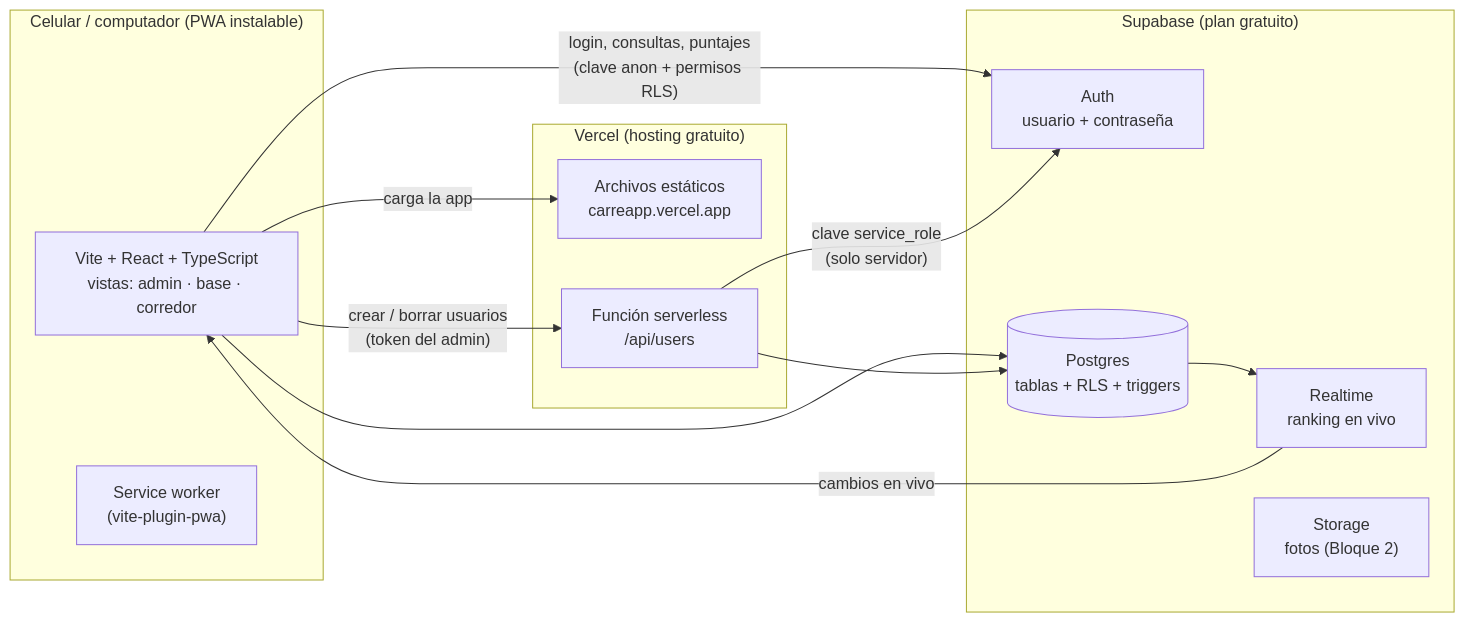
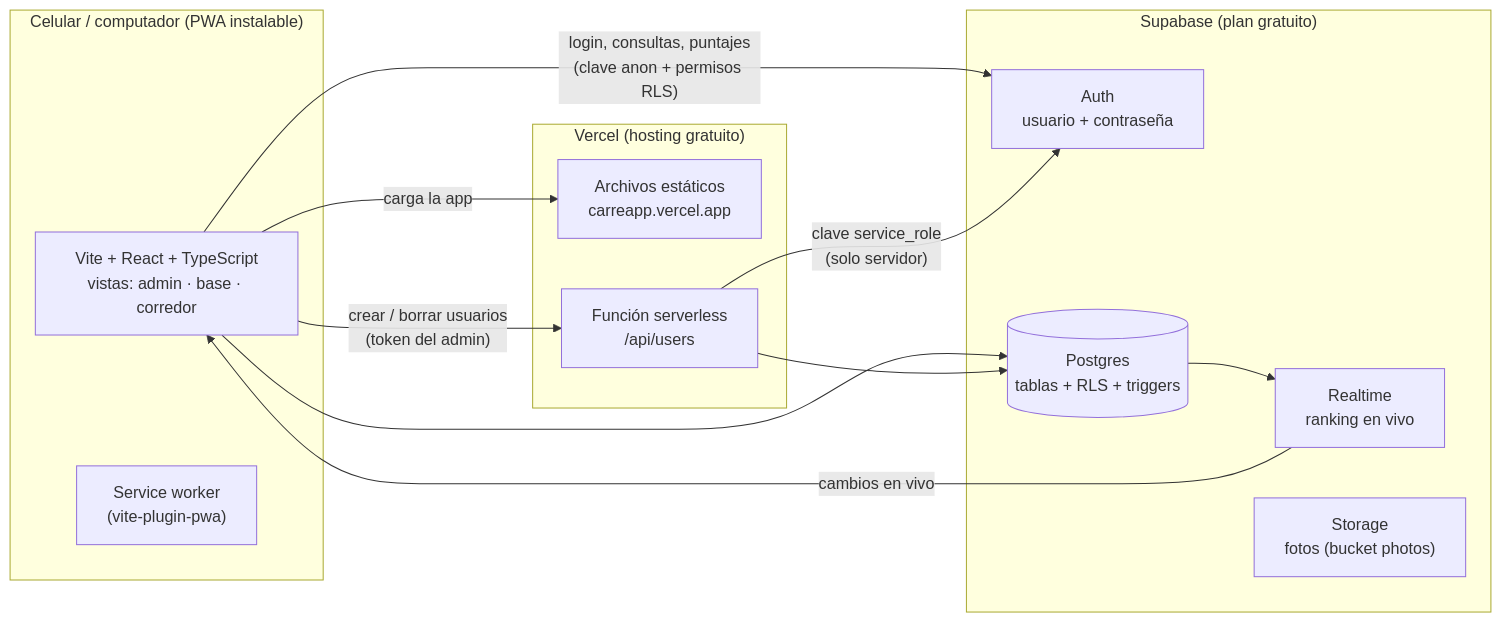
One commit to zdan13l/CarreApp changed the first of 4 diagrams in docs/wiki/Arquitectura.md. Above: the diagram before and after it, drawn with Mermaid. The commit also changed other lines of this file and 3 other files, not shown here.

````diff
--- a/docs/wiki/Arquitectura.md
+++ b/docs/wiki/Arquitectura.md
@@ -5,28 +5,28 @@
 ```mermaid
 flowchart LR
   subgraph Cliente["Celular / computador (PWA instalable)"]
     UI["Vite + React + TypeScript\nvistas: admin · base · corredor"]
     SW["Service worker\n(vite-plugin-pwa)"]
   end
 
   subgraph Vercel["Vercel (hosting gratuito)"]
     Static["Archivos estáticos\ncarreapp.vercel.app"]
     API["Función serverless\n/api/users"]
   end
 
   subgraph Supabase["Supabase (plan gratuito)"]
     Auth["Auth\nusuario + contraseña"]
     DB[("Postgres\ntablas + RLS + triggers")]
     RT["Realtime\nranking en vivo"]
-    Storage["Storage\nfotos (Bloque 2)"]
+    Storage["Storage\nfotos (bucket photos)"]
   end
 
   UI -- "carga la app" --> Static
   UI -- "login, consultas, puntajes\n(clave anon + permisos RLS)" --> Auth
   UI --> DB
   RT -- "cambios en vivo" --> UI
   DB --> RT
   UI -- "crear / borrar usuarios\n(token del admin)" --> API
   API -- "clave service_role\n(solo servidor)" --> Auth
   API --> DB
 ```
````
